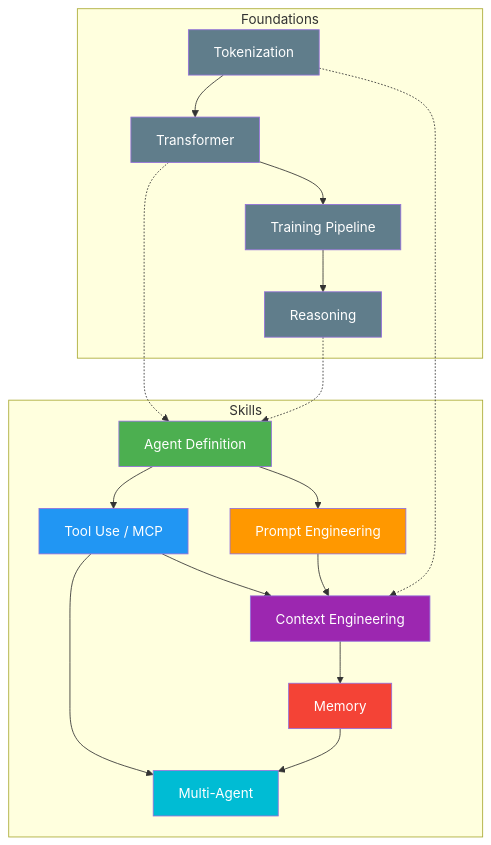
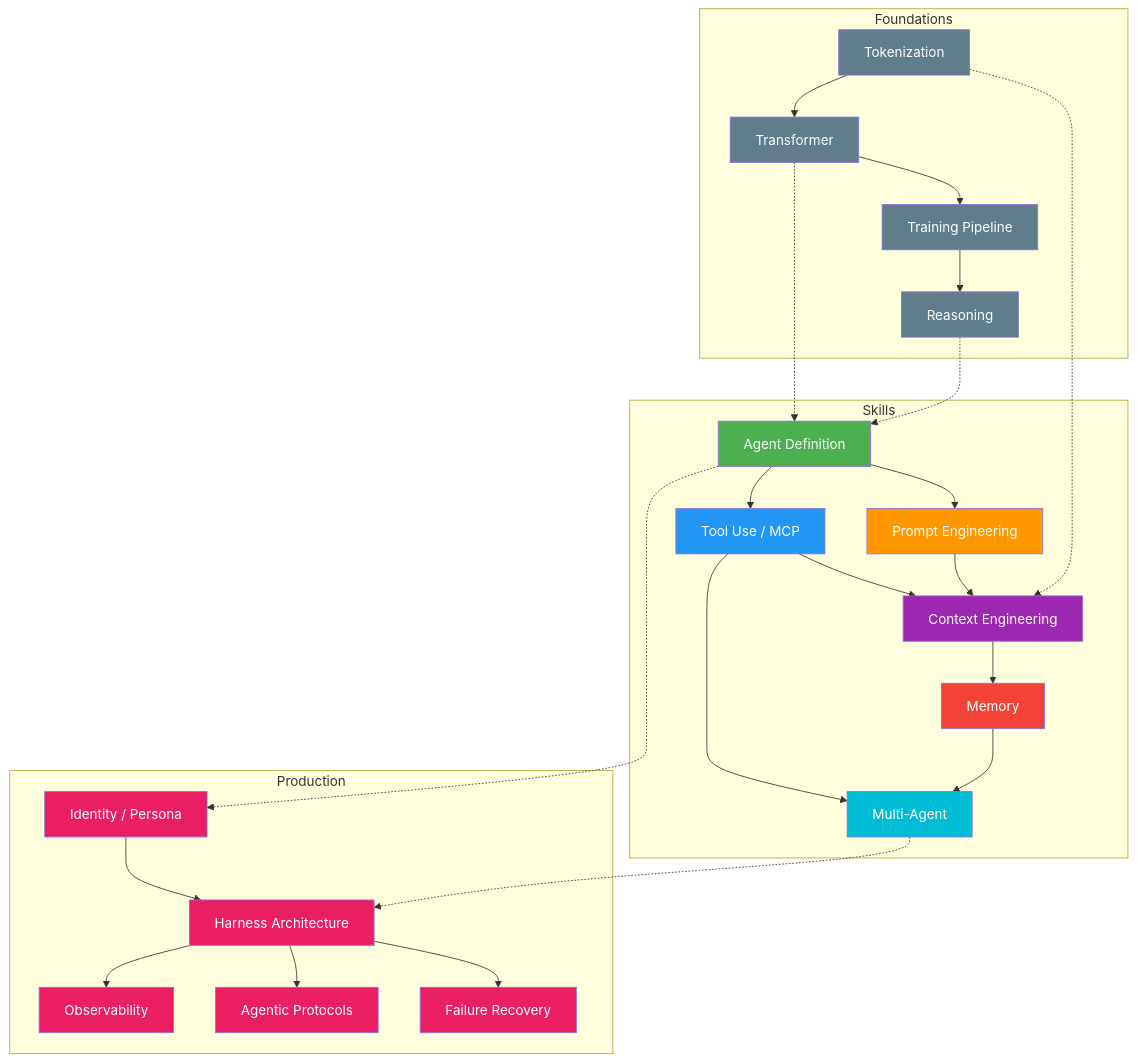
One commit to later-3/muse changed the diagram in user/reference/wiki/_index.md. Above: the diagram before and after it, drawn with Mermaid. The commit also changed other lines of this file and 5 other files, not shown here.

````diff
--- a/user/reference/wiki/_index.md
+++ b/user/reference/wiki/_index.md
@@ -56,33 +59,47 @@
 ```mermaid
 graph TB
     subgraph Foundations
         TK["Tokenization"] --> TF["Transformer"]
         TF --> TP["Training Pipeline"]
         TP --> RS["Reasoning"]
     end
     
     subgraph Skills
         AD["Agent Definition"] --> TU["Tool Use / MCP"]
         AD --> PE["Prompt Engineering"]
         TU --> CE["Context Engineering"]
         PE --> CE
         CE --> MM["Memory"]
         TU --> MA["Multi-Agent"]
         MM --> MA
     end
     
+    subgraph Production
+        HA["Harness Architecture"] --> OB["Observability"]
+        HA --> AP["Agentic Protocols"]
+        HA --> FR["Failure Recovery"]
+        ID["Identity / Persona"] --> HA
+    end
+    
     TF -.-> AD
     RS -.-> AD
     TK -.-> CE
+    MA -.-> HA
+    AD -.-> ID
     
     style TK fill:#607D8B,color:#fff
     style TF fill:#607D8B,color:#fff
     style TP fill:#607D8B,color:#fff
     style RS fill:#607D8B,color:#fff
     style AD fill:#4CAF50,color:#fff
     style TU fill:#2196F3,color:#fff
     style PE fill:#FF9800,color:#fff
     style CE fill:#9C27B0,color:#fff
     style MM fill:#F44336,color:#fff
     style MA fill:#00BCD4,color:#fff
+    style HA fill:#E91E63,color:#fff
+    style OB fill:#E91E63,color:#fff
+    style AP fill:#E91E63,color:#fff
+    style FR fill:#E91E63,color:#fff
+    style ID fill:#E91E63,color:#fff
 ```
````
